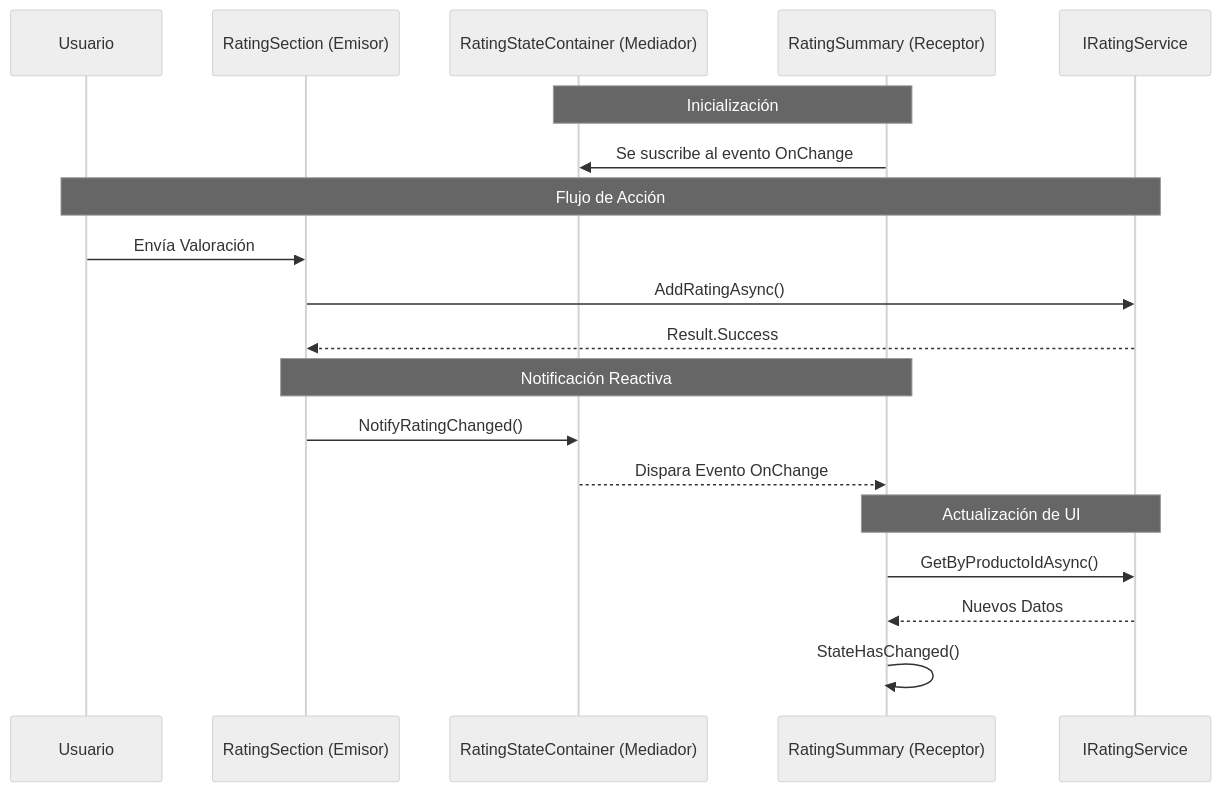
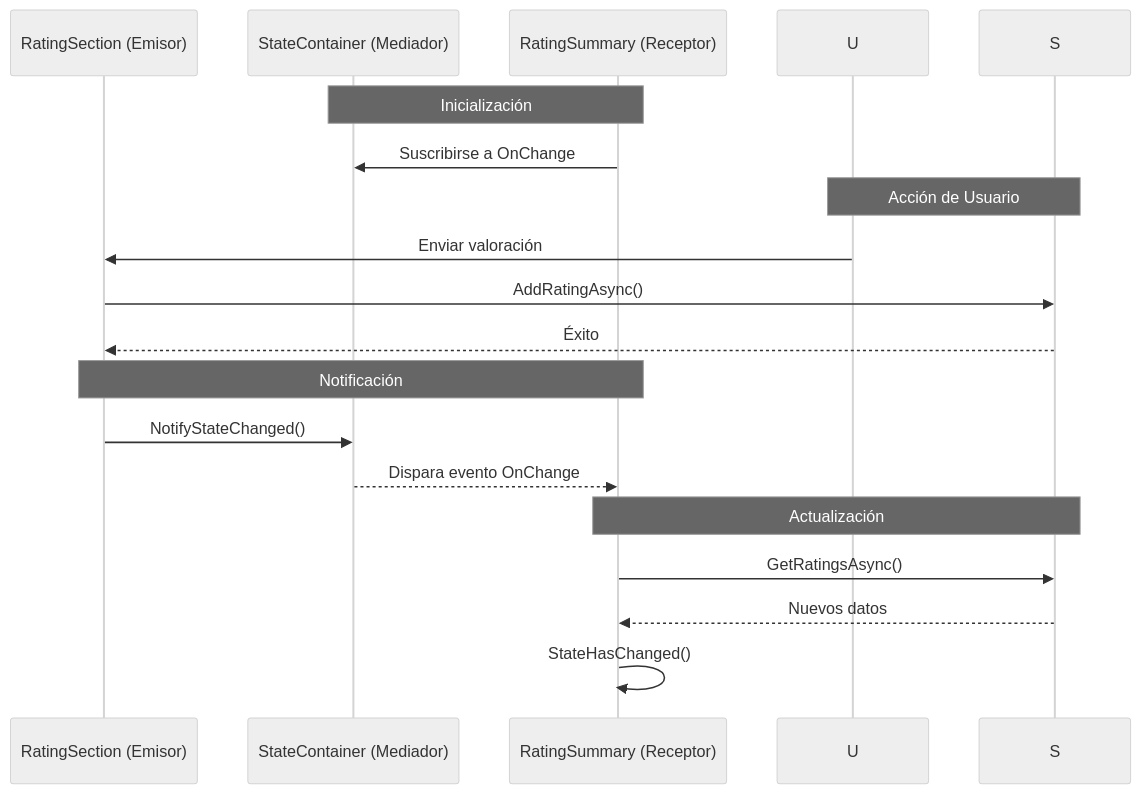
Before and after one commit to joseluisgs/TiendaDawWeb-NetCore: the diagram in doc/14-Blazor-Component-Communication.md, drawn with Mermaid (neutral theme). The commit also changed other lines of this file and 13 other files, not shown here.

````diff
--- a/doc/14-Blazor-Component-Communication.md
+++ b/doc/14-Blazor-Component-Communication.md
@@ -23,25 +31,23 @@
 ```mermaid
 sequenceDiagram
-    participant U as Usuario
     participant RS as RatingSection (Emisor)
-    participant SC as RatingStateContainer (Mediador)
+    participant SC as StateContainer (Mediador)
     participant RSum as RatingSummary (Receptor)
-    participant S as IRatingService
-
+    
     Note over RSum, SC: Inicialización
-    RSum->>SC: Se suscribe al evento OnChange
-
-    Note over U, S: Flujo de Acción
-    U->>RS: Envía Valoración
+    RSum->>SC: Suscribirse a OnChange
+    
+    Note over U, S: Acción de Usuario
+    U->>RS: Enviar valoración
     RS->>S: AddRatingAsync()
-    S-->>RS: Result.Success
-
-    Note over RS, RSum: Notificación Reactiva
-    RS->>SC: NotifyRatingChanged()
-    SC-->>RSum: Dispara Evento OnChange
+    S-->>RS: Éxito
     
-    Note over RSum, S: Actualización de UI
-    RSum->>S: GetByProductoIdAsync()
-    S-->>RSum: Nuevos Datos
+    Note over RS, RSum: Notificación
+    RS->>SC: NotifyStateChanged()
+    SC-->>RSum: Dispara evento OnChange
+    
+    Note over RSum, S: Actualización
+    RSum->>S: GetRatingsAsync()
+    S-->>RSum: Nuevos datos
     RSum->>RSum: StateHasChanged()
 ```
````
